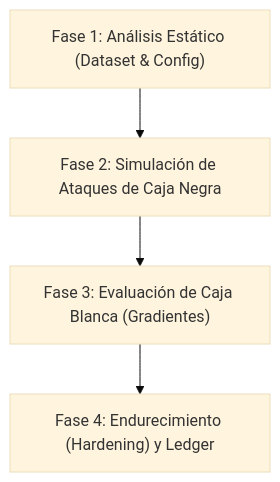
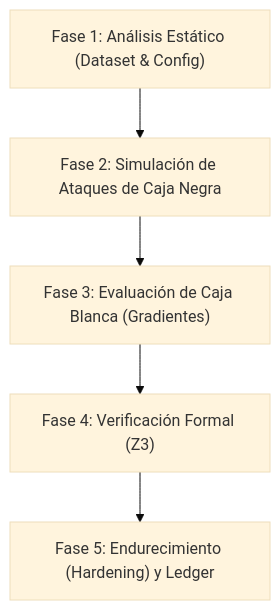
One commit to borjamoskv/Cortex-Persist changed the diagram in docs/epistemology/guia_auditoria_adversarial_llm.md. Above: the diagram before and after it, drawn with Mermaid (base theme). The commit also changed other lines of this file and 3 other files, not shown here.

````diff
--- a/docs/epistemology/guia_auditoria_adversarial_llm.md
+++ b/docs/epistemology/guia_auditoria_adversarial_llm.md
@@ -27,6 +27,7 @@
 ```mermaid
 graph TD
     A["Fase 1: Análisis Estático (Dataset & Config)"] --> B["Fase 2: Simulación de Ataques de Caja Negra"]
     B --> C["Fase 3: Evaluación de Caja Blanca (Gradientes)"]
-    C --> D["Fase 4: Endurecimiento (Hardening) y Ledger"]
+    C --> D["Fase 4: Verificación Formal (Z3)"]
+    D --> E["Fase 5: Endurecimiento (Hardening) y Ledger"]
 ```
````
